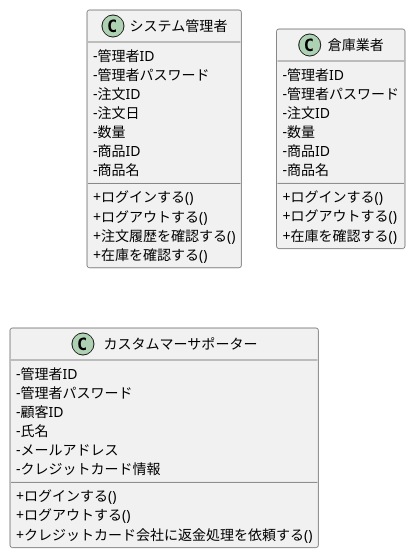
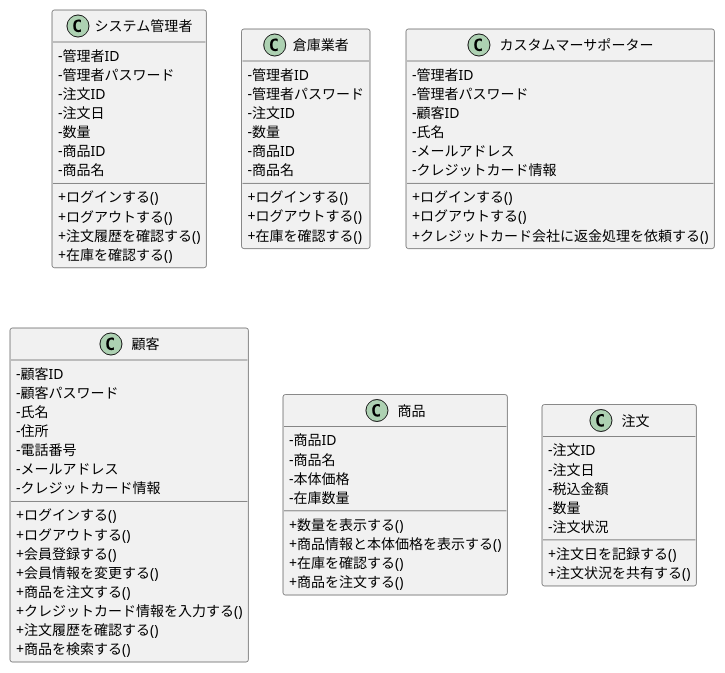
The diagram in group/3-3_総合演習1_BBショップ注文管理システム/クラス図/class.pu (ko246/ohara_uml), drawn with PlantUML before and after one commit.

Commit message:
クラス図変更

```diff
--- a/group/3-3_総合演習1_BBショップ注文管理システム/クラス図/class.pu
+++ b/group/3-3_総合演習1_BBショップ注文管理システム/クラス図/class.pu
@@ -1,53 +1,104 @@
 @startuml BBショップシステム_クラス図
 
 skinparam classAttributeIconSize 0
 class システム管理者 {
     '属性
     -管理者ID
     -管理者パスワード
     -注文ID
     -注文日
     -数量
     -商品ID
     -商品名
 
     '操作
     +ログインする()
     +ログアウトする()
     +注文履歴を確認する()
     +在庫を確認する()
 }
 
 skinparam classAttributeIconSize 0
 class 倉庫業者 {
     '属性
     -管理者ID
     -管理者パスワード
     -注文ID
     -数量
     -商品ID
     -商品名
 
     '操作
     +ログインする()
     +ログアウトする()
     +在庫を確認する()
 }
 
 skinparam classAttributeIconSize 0
 class カスタムマーサポーター {
     '属性
     -管理者ID
     -管理者パスワード
     -顧客ID
     -氏名
     -メールアドレス
     -クレジットカード情報
 
     '操作
     +ログインする()
     +ログアウトする()
     +クレジットカード会社に返金処理を依頼する()
 }
 
+skinparam classAttributeIconSize 0
+class 顧客 {
+    '属性
+    -顧客ID
+    -顧客パスワード
+    -氏名
+    -住所
+    -電話番号
+    -メールアドレス
+    -クレジットカード情報
+
+    '操作
+    +ログインする()
+    +ログアウトする()
+    +会員登録する()
+    +会員情報を変更する()
+    +商品を注文する()
+    +クレジットカード情報を入力する()
+    +注文履歴を確認する()
+    +商品を検索する()
+}
+
+skinparam classAttributeIconSize 0
+class 商品 {
+    '属性
+    -商品ID
+    -商品名
+    -本体価格
+    -在庫数量
+
+    '操作
+    +数量を表示する()
+    +商品情報と本体価格を表示する()
+    +在庫を確認する()
+    +商品を注文する()
+}
+
+skinparam classAttributeIconSize 0
+class 注文 {
+    '属性
+    -注文ID
+    -注文日
+    -税込金額
+    -数量
+    -注文状況
+
+    '操作
+    +注文日を記録する()
+    +注文状況を共有する()
+}
+
 @enduml
```
